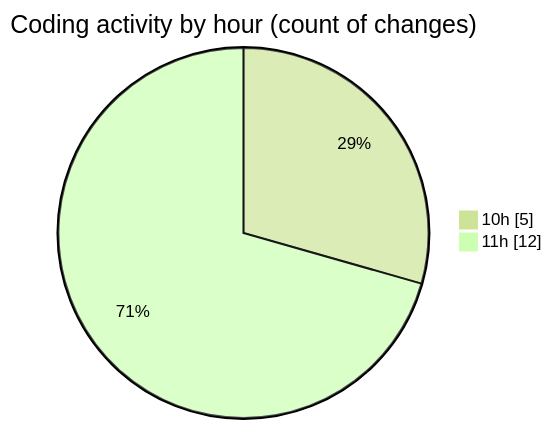
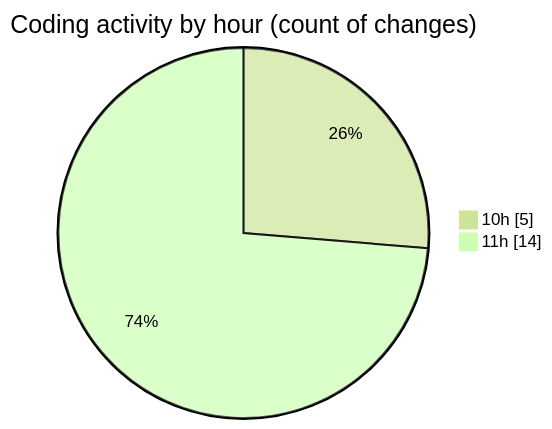
One commit to LanceThiago/code-tracking changed the second of 2 diagrams in 2025-01-24/web/README.md. Above: the diagram before and after it, drawn with Mermaid (forest theme). The commit also changed other lines of this file and 1 other file, not shown here.

````diff
--- a/2025-01-24/web/README.md
+++ b/2025-01-24/web/README.md
@@ -28,6 +29,6 @@
 ```mermaid
 pie showData
 title Coding activity by hour (count of changes)
 "10h" : 5
-"11h" : 12
+"11h" : 14
 ```
````
